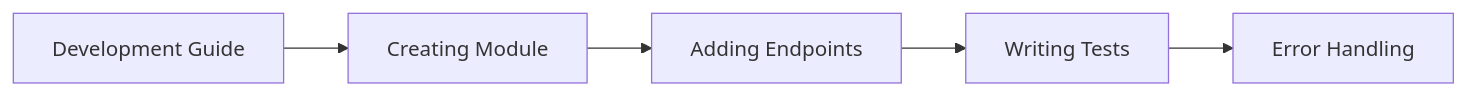
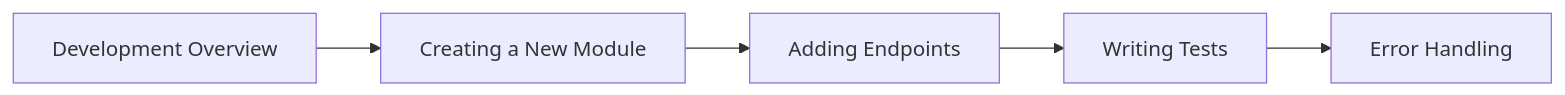
Before and after one commit to mathieusouflis/HETIC-projet-cinema: the second of 3 diagrams in apps/documentation/api-documentation/guides/README.md, drawn with Mermaid. The commit also changed other lines of this file and 34 other files, not shown here.

````diff
--- a/apps/documentation/api-documentation/guides/README.md
+++ b/apps/documentation/api-documentation/guides/README.md
@@ -65,7 +67,4 @@
 ```mermaid
 graph LR
-    A[Development Guide] --> B[Creating Module]
-    B --> C[Adding Endpoints]
-    C --> D[Writing Tests]
-    D --> E[Error Handling]
+    A[Development Overview] --> B[Creating a New Module] --> C[Adding Endpoints] --> D[Writing Tests] --> E[Error Handling]
 ```
````
